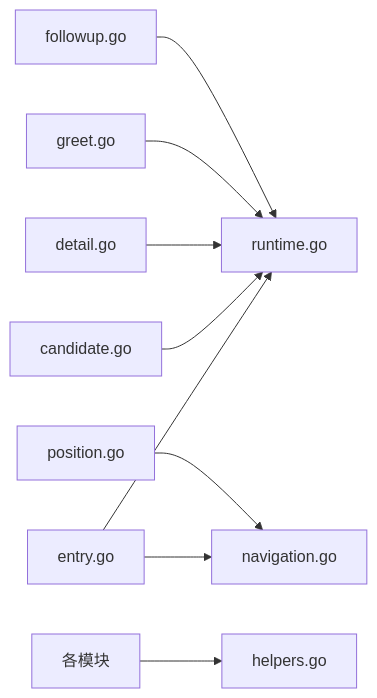
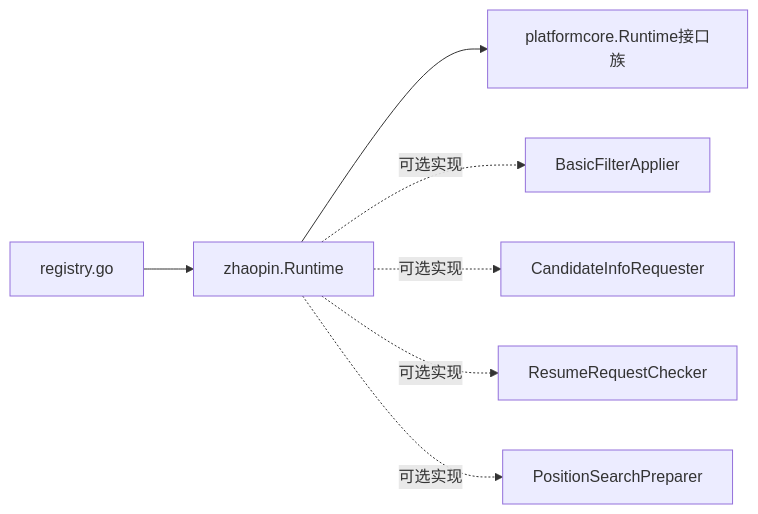
One commit to alvinwangzi/goodhr changed the tenth of 10 diagrams in .qoder/repowiki/zh/content/系统架构/本地Agent架构/平台适配器系统/前程无忧适配器.md. Above: the diagram before and after it, drawn with Mermaid. The commit also changed other lines of this file and 149 other files, not shown here.

````diff
--- a/.qoder/repowiki/zh/content/系统架构/本地Agent架构/平台适配器系统/前程无忧适配器.md
+++ b/.qoder/repowiki/zh/content/系统架构/本地Agent架构/平台适配器系统/前程无忧适配器.md
@@ -314,11 +335,9 @@
 ```mermaid
 graph LR
-Entry["entry.go"] --> Runtime["runtime.go"]
-Entry --> Nav["navigation.go"]
-Position["position.go"] --> Nav
-Candidate["candidate.go"] --> Runtime
-Detail["detail.go"] --> Runtime
-Greet["greet.go"] --> Runtime
-Followup["followup.go"] --> Runtime
-All["各模块"] --> Helpers["helpers.go"]
+REG["registry.go"] --> ZR["zhaopin.Runtime"]
+ZR --> CORE["platformcore.Runtime接口族"]
+ZR -.可选实现.-> BF["BasicFilterApplier"]
+ZR -.可选实现.-> CIR["CandidateInfoRequester"]
+ZR -.可选实现.-> RRC["ResumeRequestChecker"]
+ZR -.可选实现.-> PSP["PositionSearchPreparer"]
 ```
````
